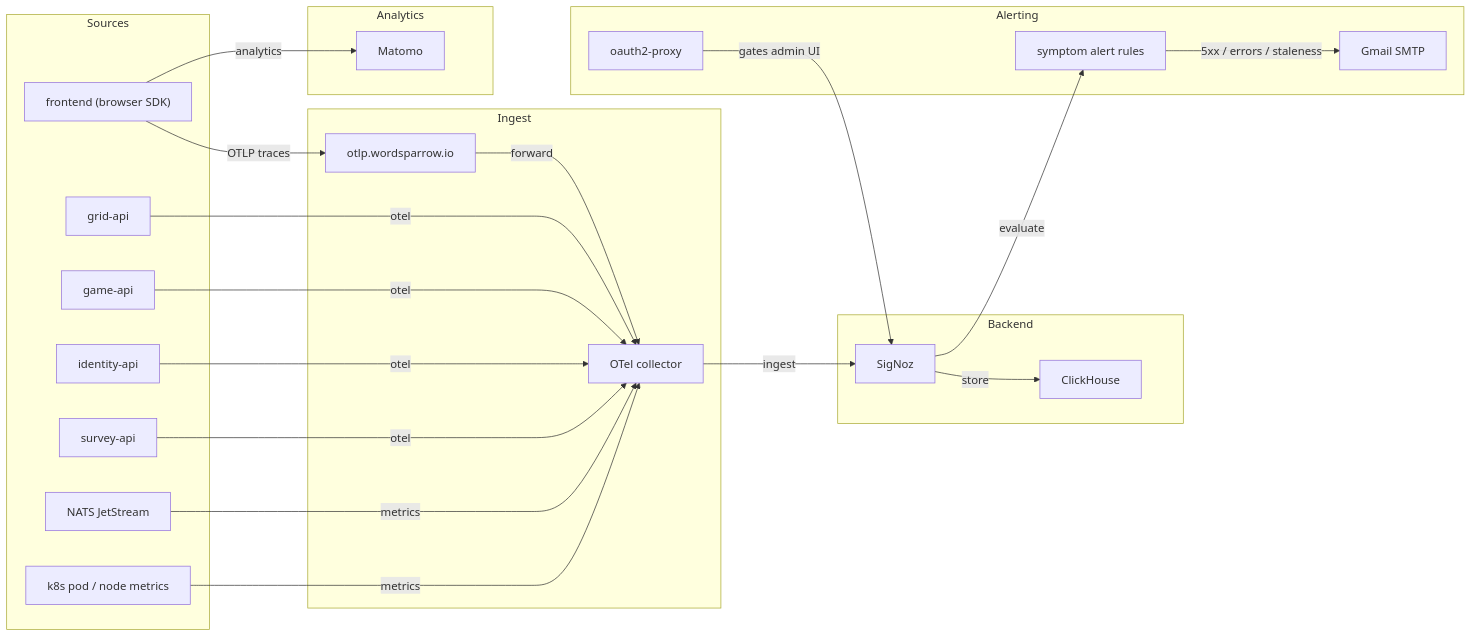
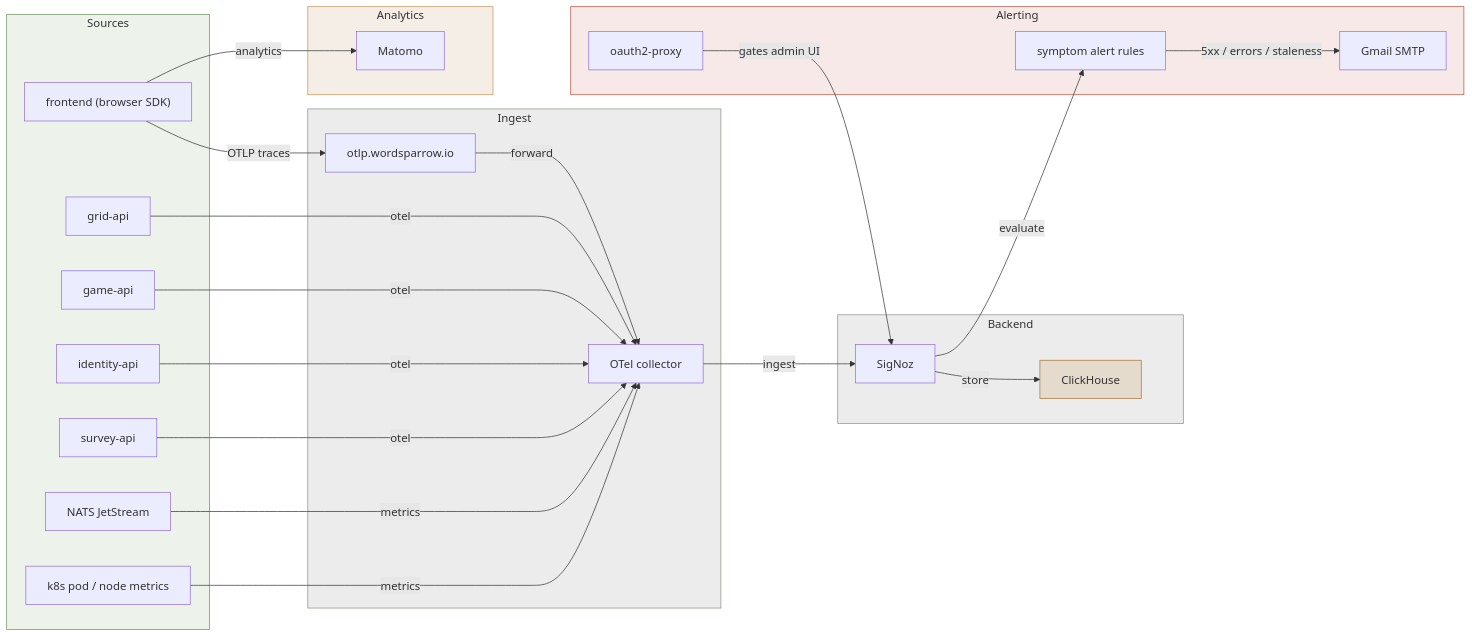
Before and after one commit to Ishou/wordsparrow: the fourth of 5 diagrams in README.md, drawn with Mermaid. The commit also changed other lines of this file and 1 other file, not shown here.

Commit message:
chore(infra-diagrams): regenerate styled README diagrams

````diff
--- a/README.md
+++ b/README.md
@@ -183,42 +199,49 @@
 ```mermaid
 flowchart LR
   subgraph Sources
     frontend["frontend (browser SDK)"]
     grid["grid-api"]
     game["game-api"]
     identity["identity-api"]
     survey["survey-api"]
     nats["NATS JetStream"]
     k8smetrics["k8s pod / node metrics"]
   end
   subgraph Ingest
     otlpingress["otlp.wordsparrow.io"]
     collector["OTel collector"]
   end
   subgraph Backend
     signoz["SigNoz"]
     clickhouse["ClickHouse"]
   end
   subgraph Analytics
     matomo["Matomo"]
   end
   subgraph Alerting
     alerts["symptom alert rules"]
     gmail["Gmail SMTP"]
     oauth2["oauth2-proxy"]
   end
   frontend -->|analytics| matomo
   frontend -->|OTLP traces| otlpingress
   otlpingress -->|forward| collector
   grid -->|otel| collector
   game -->|otel| collector
   identity -->|otel| collector
   survey -->|otel| collector
   nats -->|metrics| collector
   k8smetrics -->|metrics| collector
   collector -->|ingest| signoz
   signoz -->|store| clickhouse
   signoz -->|evaluate| alerts
   alerts -->|5xx / errors / staleness| gmail
   oauth2 -->|gates admin UI| signoz
+  classDef data fill:#c8945633,stroke:#a87538;
+  class clickhouse data;
+  style Sources fill:#6a93581f,stroke:#6a9358;
+  style Ingest fill:#5a655a1f,stroke:#8b9488;
+  style Backend fill:#5a655a1f,stroke:#8b9488;
+  style Analytics fill:#a875381f,stroke:#c89456;
+  style Alerting fill:#b8554020,stroke:#b85540;
 ```
````
